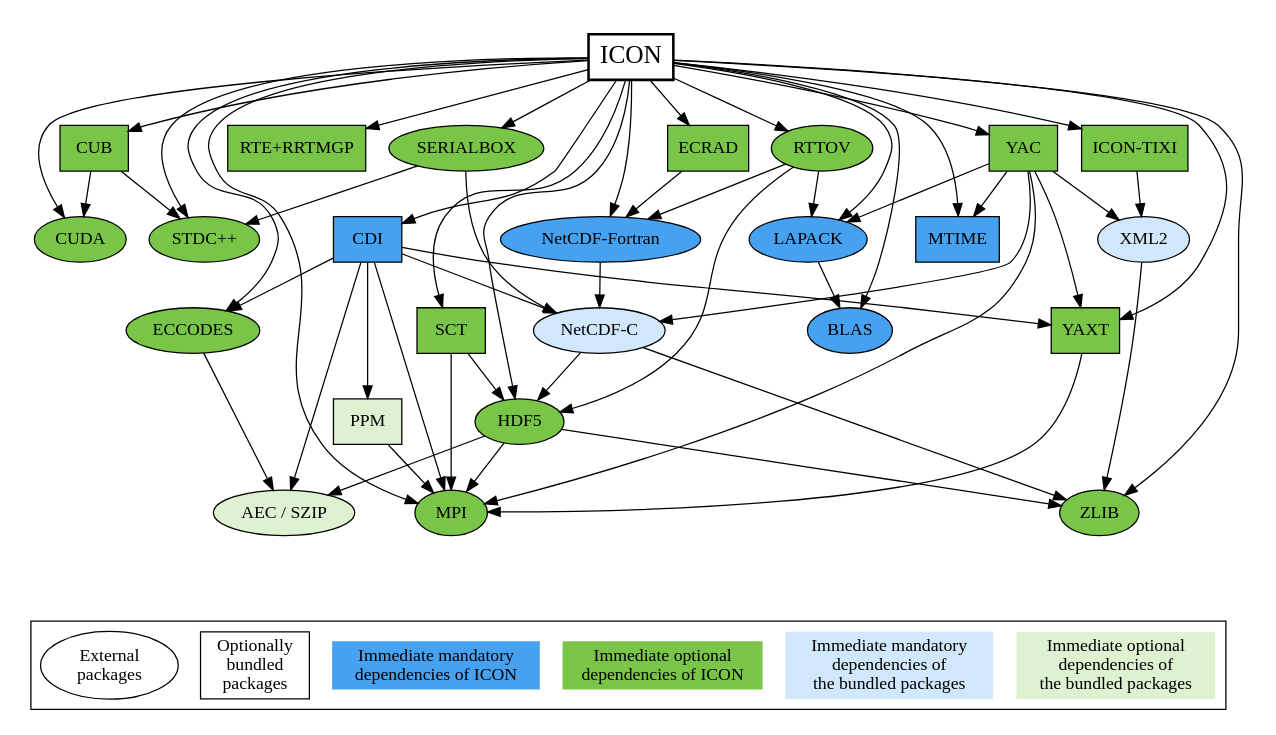
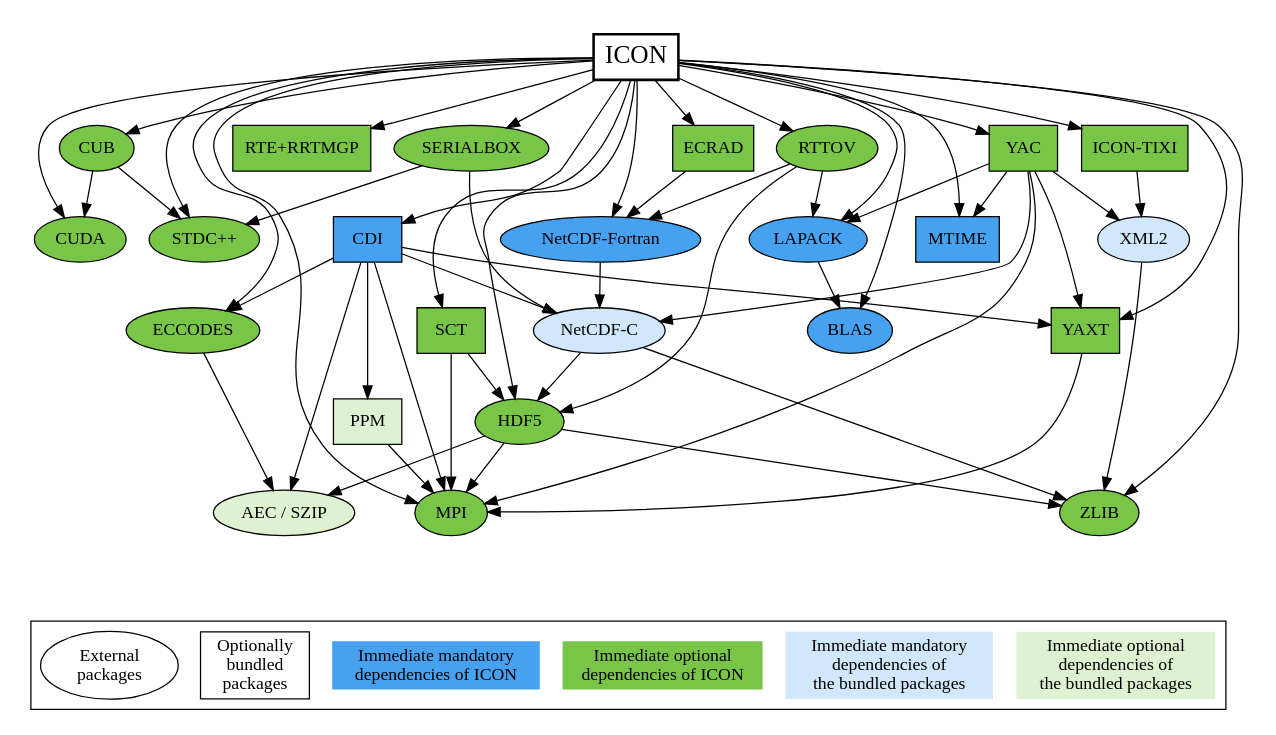
One commit to ppothapa/Coupled_ICON changed the diagram in doc/config/icon-config-doc-depgraph.dot. Above: the diagram before and after it, drawn with Graphviz. The commit also changed 10 other files, not shown here.

```diff
--- a/doc/config/icon-config-doc-depgraph.dot
+++ b/doc/config/icon-config-doc-depgraph.dot
@@ -1,100 +1,100 @@
 digraph ICON {
 
 	node [style=filled; shape=oval; fontname="italic"; fillcolor="#79C547"];
 
 	subgraph clusterMain {
 
 		graph [peripheries=0];
 
 		"ICON" [shape=box; fillcolor=white; fontsize=20; penwidth=2.0];
 		"ICON" -> {"STDC++"; "CUDA"; "CUB"; "MPI"; "NetCDF-Fortran"; "RTE+RRTMGP";
 			       "ECRAD"; "RTTOV"; "SCT"; "YAXT"; "CDI"; "SERIALBOX";
 			       "MTIME"; "BLAS"; "LAPACK"; "YAC"; "ICON-TIXI";
 			       "ECCODES"; "HDF5"; "ZLIB"};
 
 		"STDC++";
 
 		"CUDA";
 
-		"CUB" [shape=box];
+		"CUB";
 		"CUB" -> {"CUDA"; "STDC++"};
 
 		"MPI";
 
 		"NetCDF-Fortran" [shape=oval; fillcolor="#47A1F1"]
 		"NetCDF-Fortran" -> {"NetCDF-C"};
 
 		"RTE+RRTMGP" [shape=box];
 
 		"ECRAD" [shape=box];
 		"ECRAD" -> {"NetCDF-Fortran"};
 
 		"RTTOV";
 		"RTTOV" -> {"NetCDF-Fortran"; "LAPACK"; "HDF5"};
 
 		"SCT" [shape=box];
 		"SCT" -> {"MPI"; "HDF5"};
 
 		"YAXT" [shape=box];
 		"YAXT" -> {"MPI"};
 
 		"CDI" [shape=box; fillcolor="#47A1F1"];
 		"CDI" -> {"MPI"; "YAXT"; "PPM"; "ECCODES"; "NetCDF-C"; "AEC / SZIP"};
 
 		"PPM" [shape=box; fillcolor="#DEF1D1"];
 		"PPM" -> {"MPI"};
 
 		"SERIALBOX";
 		"SERIALBOX" -> {"STDC++"; "NetCDF-C"};
 
 		"MTIME" [shape=box; fillcolor="#47A1F1"];
 
 		"BLAS" [fillcolor="#47A1F1"];
 
 		"LAPACK" [fillcolor="#47A1F1"];
 		"LAPACK" -> {"BLAS"};
 
 		"YAC" [shape=box];
 		"YAC" -> {"MPI"; "YAXT"; "MTIME"; "LAPACK"; "NetCDF-C"; "XML2"};
 
 		"ICON-TIXI" [shape=box];
 		"ICON-TIXI" -> {"XML2"};
 
 		"ECCODES";
 		"ECCODES" -> {"AEC / SZIP"};
 
 		"HDF5";
 		"HDF5" -> {"MPI"; "ZLIB"; "AEC / SZIP"};
 
 		"ZLIB";
 
 		"NetCDF-C" [fillcolor="#D1E8FC"];
 		"NetCDF-C" -> {"HDF5"; "ZLIB"};
 
 		"AEC / SZIP" [fillcolor="#DEF1D1"];
 		"AEC / SZIP";
 
 		"XML2" [fillcolor="#D1E8FC"];
 		"XML2" -> {"ZLIB"};
 
 		{
 			rank=sink;
 			bottomNode [shape=point; style=invis];
 		}
 	}
 
 	subgraph clusterLegend {
 		{
 			rank=same;
 			external -> bundled -> mandatoryIcon -> optionalIcon -> mandatoryBundled -> optionalBundled [style=invis];
 			external [label="External\npackages"; fillcolor=white];
 			bundled [label="Optionally\nbundled\npackages"; shape=box; fillcolor=white];
 			mandatoryIcon [label="Immediate mandatory\ndependencies of ICON"; shape=plaintext; fillcolor="#47A1F1"];
 			optionalIcon [label="Immediate optional\ndependencies of ICON"; shape=plaintext];
 			mandatoryBundled [label="Immediate mandatory\ndependencies of\nthe bundled packages"; shape=plaintext; fillcolor="#D1E8FC"];
 			optionalBundled [label="Immediate optional\ndependencies of\nthe bundled packages"; shape=plaintext; fillcolor="#DEF1D1"];
 		}
 	}
 
 	bottomNode -> external:nw [style=invis];
 }
```
